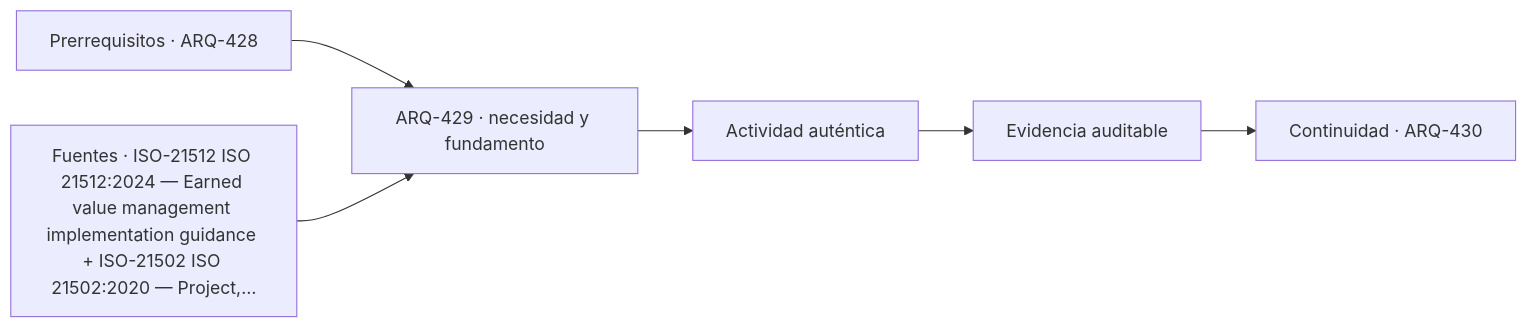
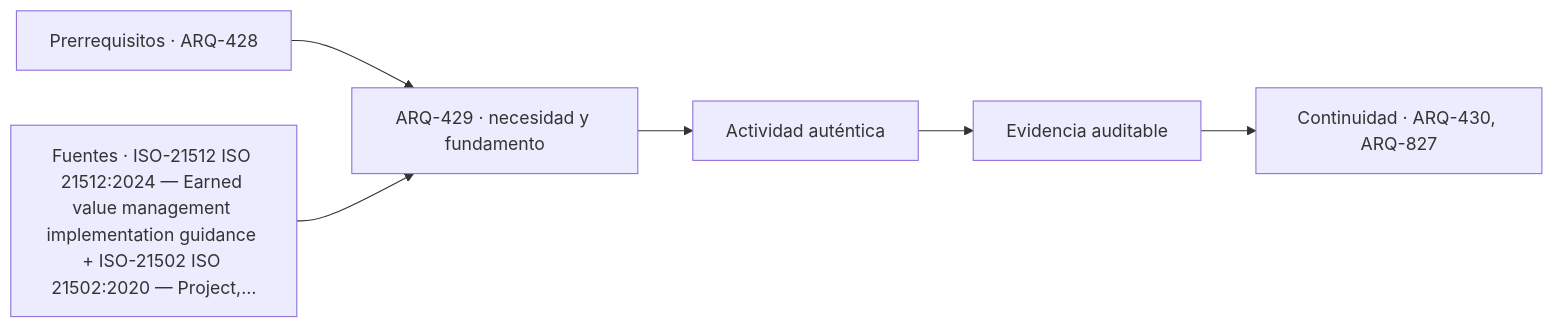
One commit to vladimiracunadev-create/architecture-built-environment-learning-program changed the diagram in classes/parte-43/ARQ-429.md. Above: the diagram before and after it, drawn with Mermaid. The commit also changed other lines of this file and 234 other files, not shown here.

````diff
--- a/classes/parte-43/ARQ-429.md
+++ b/classes/parte-43/ARQ-429.md
@@ -87,8 +87,8 @@
 ```mermaid
 flowchart LR
     A["Prerrequisitos · ARQ-428"] --> B["ARQ-429 · necesidad y fundamento"]
     S["Fuentes · ISO-21512 ISO 21512:2024 — Earned value management implementation guidance + ISO-21502 ISO 21502:2020 — Project,…"] --> B
     B --> C["Actividad auténtica"]
     C --> D["Evidencia auditable"]
-    D --> E["Continuidad · ARQ-430"]
+    D --> E["Continuidad · ARQ-430, ARQ-827"]
 ```
````
